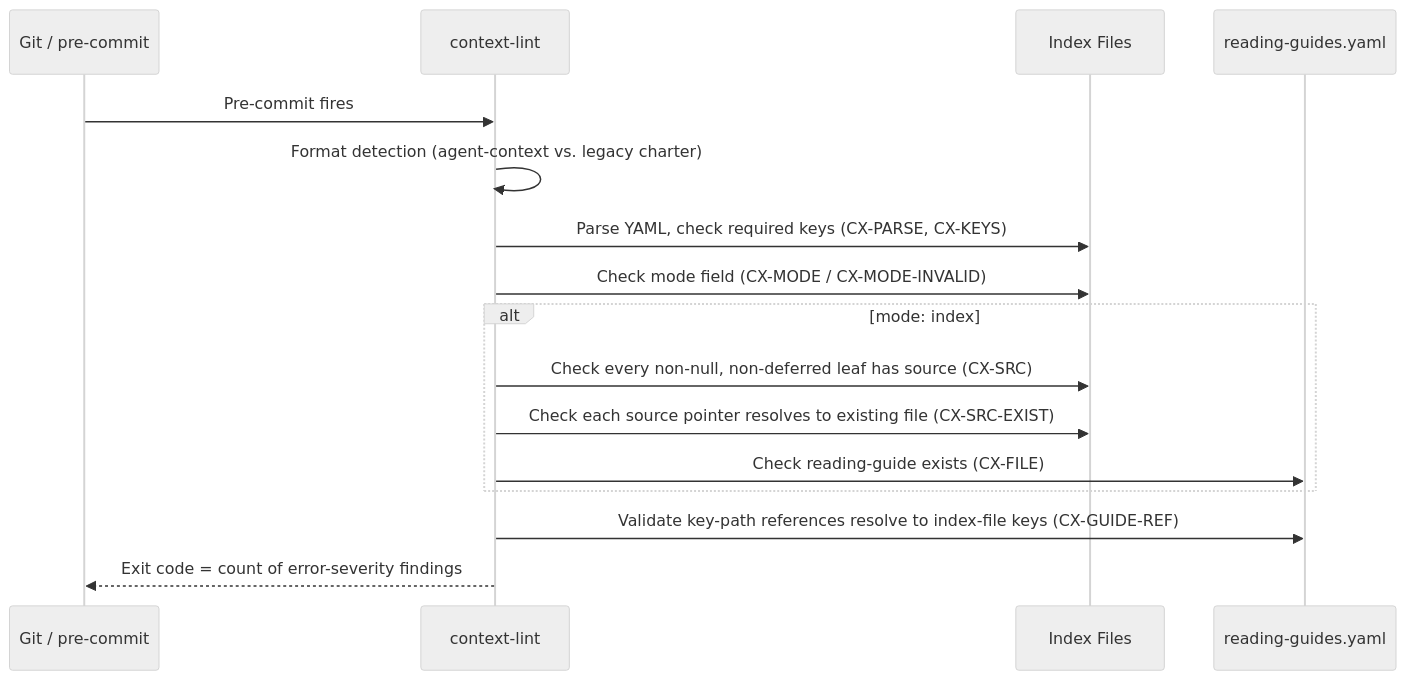
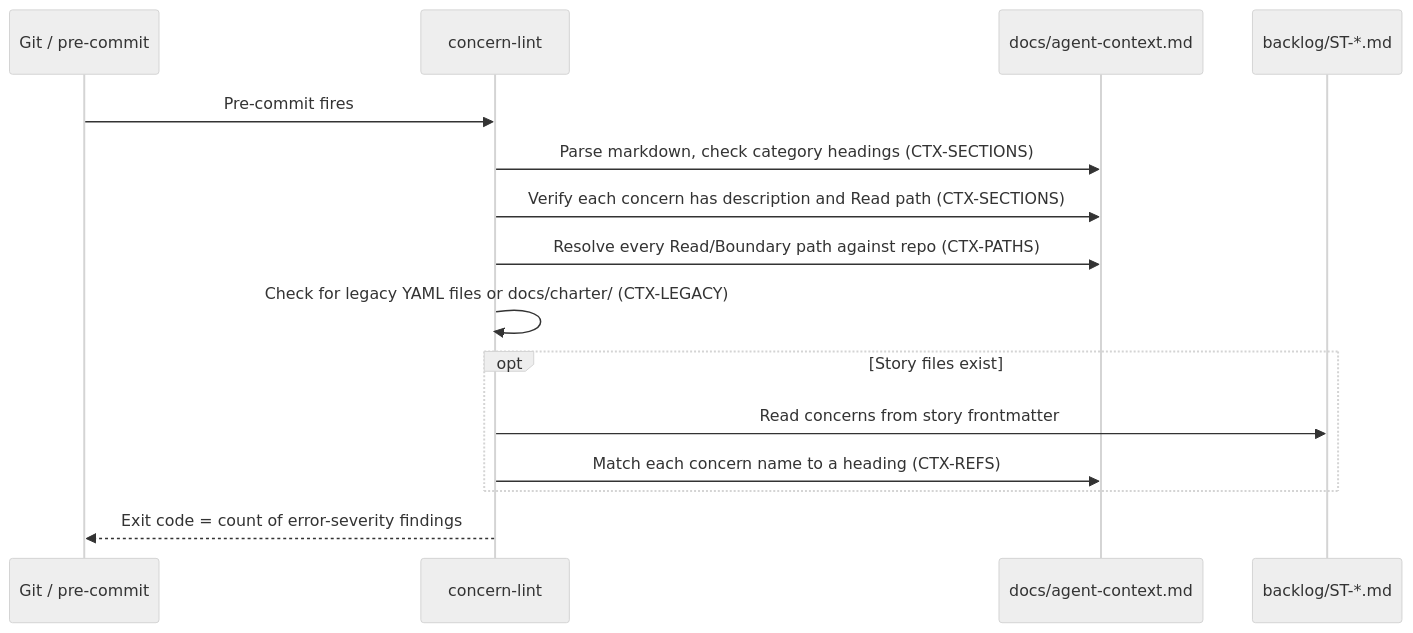
The ninth of 11 diagrams in docs/arc42/06_runtime_view.md (matthiasdaues/agent_factory), drawn with Mermaid (neutral theme) before and after one commit. The commit also changed other lines of this file and 19 other files, not shown here.

````diff
--- a/docs/arc42/06_runtime_view.md
+++ b/docs/arc42/06_runtime_view.md
@@ -258,19 +234,18 @@
 ```mermaid
 sequenceDiagram
     participant G as Git / pre-commit
-    participant CL as context-lint
-    participant IF as Index Files
-    participant RG as reading-guides.yaml
+    participant CL as concern-lint
+    participant AC as docs/agent-context.md
+    participant ST as backlog/ST-*.md
 
     G->>CL: Pre-commit fires
-    CL->>CL: Format detection (agent-context vs. legacy charter)
-    CL->>IF: Parse YAML, check required keys (CX-PARSE, CX-KEYS)
-    CL->>IF: Check mode field (CX-MODE / CX-MODE-INVALID)
-    alt mode: index
-        CL->>IF: Check every non-null, non-deferred leaf has source (CX-SRC)
-        CL->>IF: Check each source pointer resolves to existing file (CX-SRC-EXIST)
-        CL->>RG: Check reading-guide exists (CX-FILE)
+    CL->>AC: Parse markdown, check category headings (CTX-SECTIONS)
+    CL->>AC: Verify each concern has description and Read path (CTX-SECTIONS)
+    CL->>AC: Resolve every Read/Boundary path against repo (CTX-PATHS)
+    CL->>CL: Check for legacy YAML files or docs/charter/ (CTX-LEGACY)
+    opt Story files exist
+        CL->>ST: Read concerns from story frontmatter
+        CL->>AC: Match each concern name to a heading (CTX-REFS)
     end
-    CL->>RG: Validate key-path references resolve to index-file keys (CX-GUIDE-REF)
     CL-->>G: Exit code = count of error-severity findings
 ```
````
